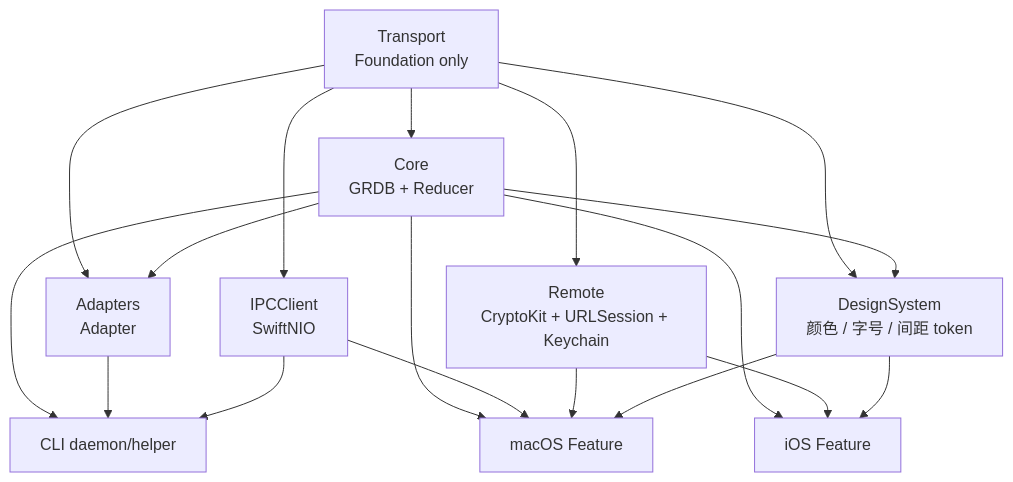
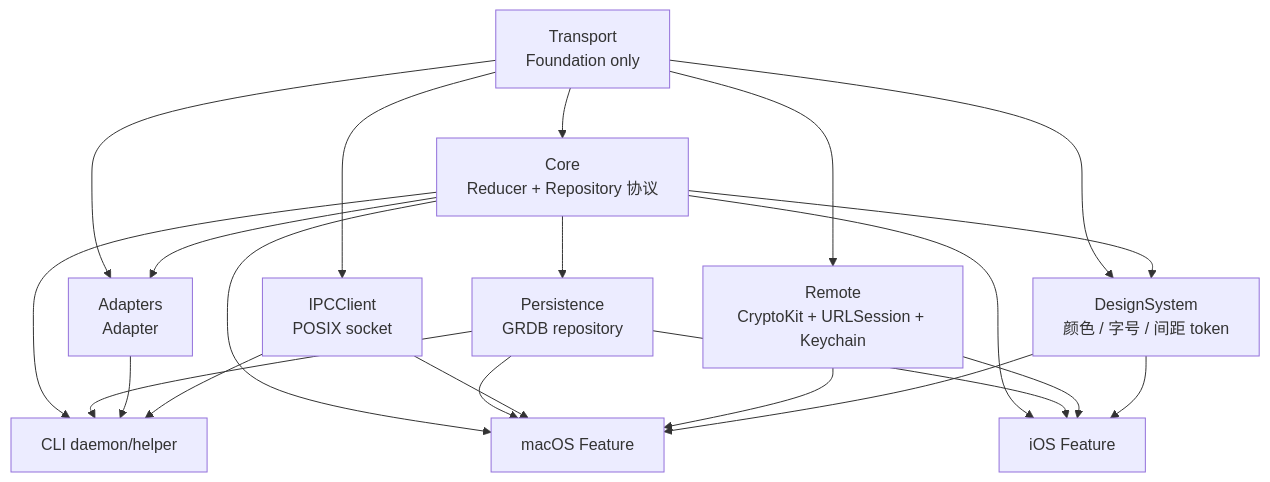
Before and after one commit to AFutureD/Lumi: the second of 2 diagrams in docs/design/system-architecture.md, drawn with Mermaid. The commit also changed other lines of this file and 31 other files, not shown here.

````diff
--- a/docs/design/system-architecture.md
+++ b/docs/design/system-architecture.md
@@ -106,30 +106,35 @@
 ```mermaid
 flowchart TD
     Transport["Transport<br/>Foundation only"]
-    Core["Core<br/>GRDB + Reducer"]
+    Core["Core<br/>Reducer + Repository 协议"]
+    Persistence["Persistence<br/>GRDB repository"]
     Codex["Adapters<br/>Adapter"]
-    IPC["IPCClient<br/>SwiftNIO"]
+    IPC["IPCClient<br/>POSIX socket"]
     Remote["Remote<br/>CryptoKit + URLSession + Keychain"]
     Design["DesignSystem<br/>颜色 / 字号 / 间距 token"]
     CLI["CLI daemon/helper"]
     Mac["macOS Feature"]
     IOS["iOS Feature"]
 
     Transport --> Core
     Transport --> Codex
     Transport --> IPC
     Transport --> Remote
+    Core --> Persistence
     Core --> Codex
     Core --> CLI
+    Persistence --> CLI
     Codex --> CLI
     IPC --> CLI
     Transport --> Design
     Core --> Design
     Core --> Mac
+    Persistence --> Mac
     IPC --> Mac
     Remote --> Mac
     Design --> Mac
     Core --> IOS
+    Persistence --> IOS
     Remote --> IOS
     Design --> IOS
 ```
````
